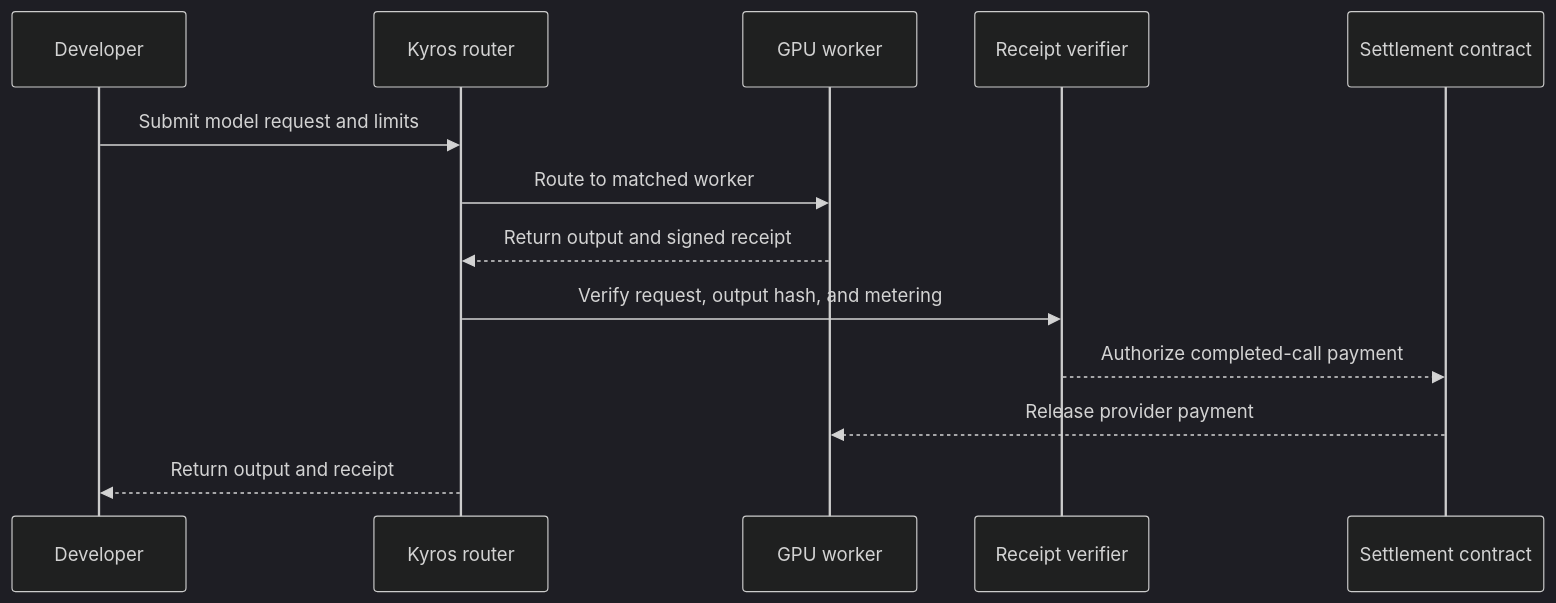
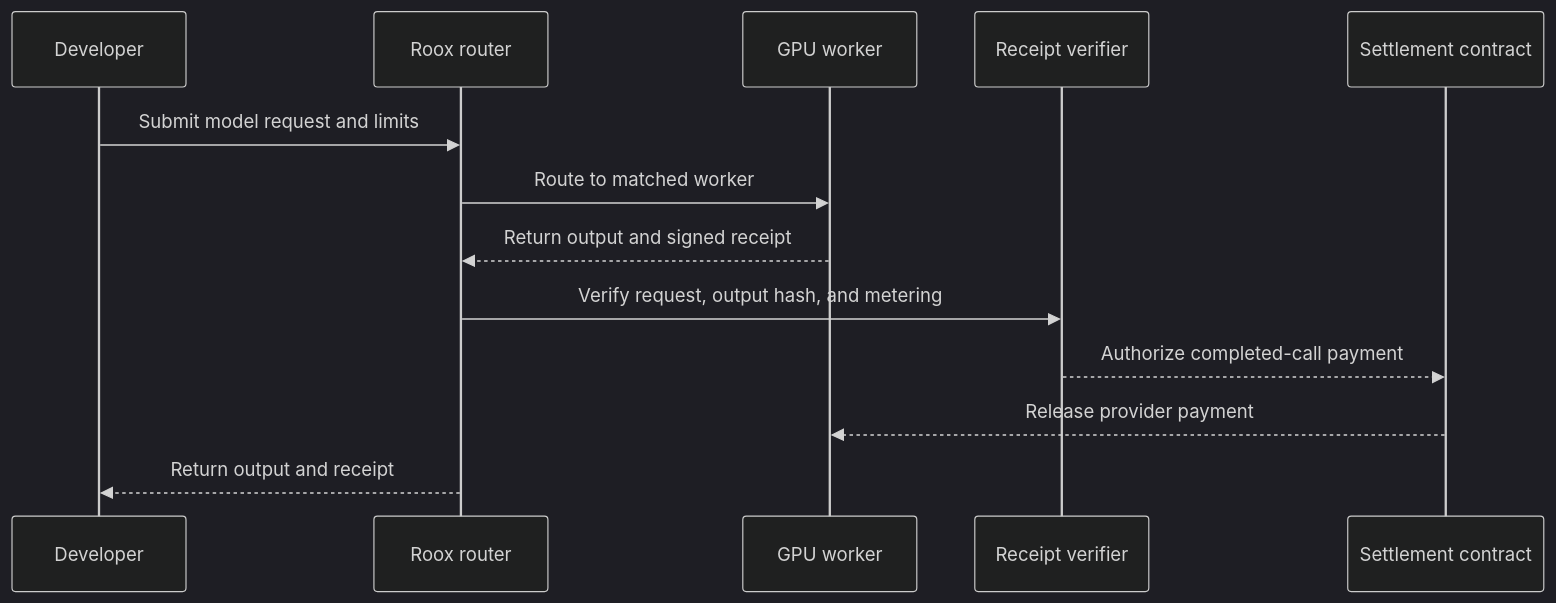
The diagram in docs/product/how-it-works.md (0xNexuz/roox), drawn with Mermaid (dark theme) before and after one commit. The commit also changed other lines of this file and 13 other files, not shown here.

Commit message:
Rename Kyros to Roox

````diff
--- a/docs/product/how-it-works.md
+++ b/docs/product/how-it-works.md
@@ -5,16 +5,16 @@
 ```mermaid
 sequenceDiagram
     participant D as Developer
-    participant K as Kyros router
+    participant K as Roox router
     participant W as GPU worker
     participant V as Receipt verifier
     participant C as Settlement contract
 
     D->>K: Submit model request and limits
     K->>W: Route to matched worker
     W-->>K: Return output and signed receipt
     K->>V: Verify request, output hash, and metering
     V-->>C: Authorize completed-call payment
     C-->>W: Release provider payment
     K-->>D: Return output and receipt
 ```
````
